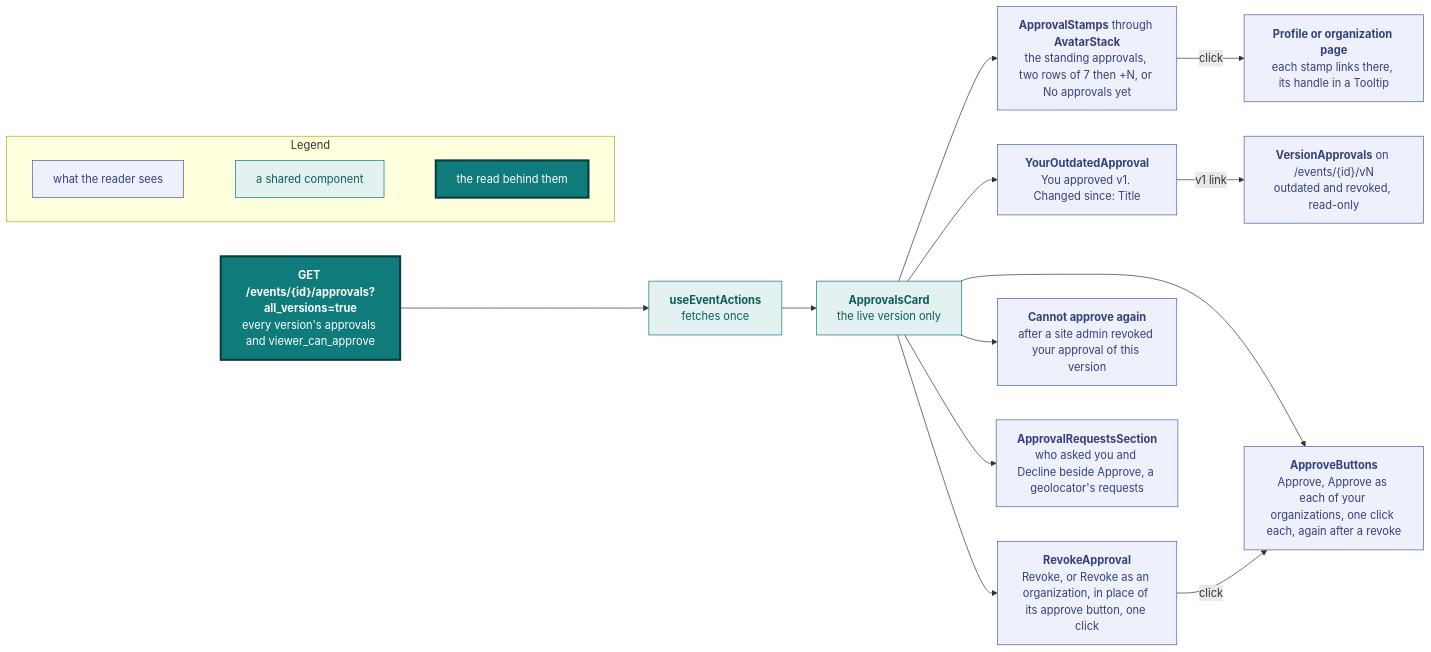
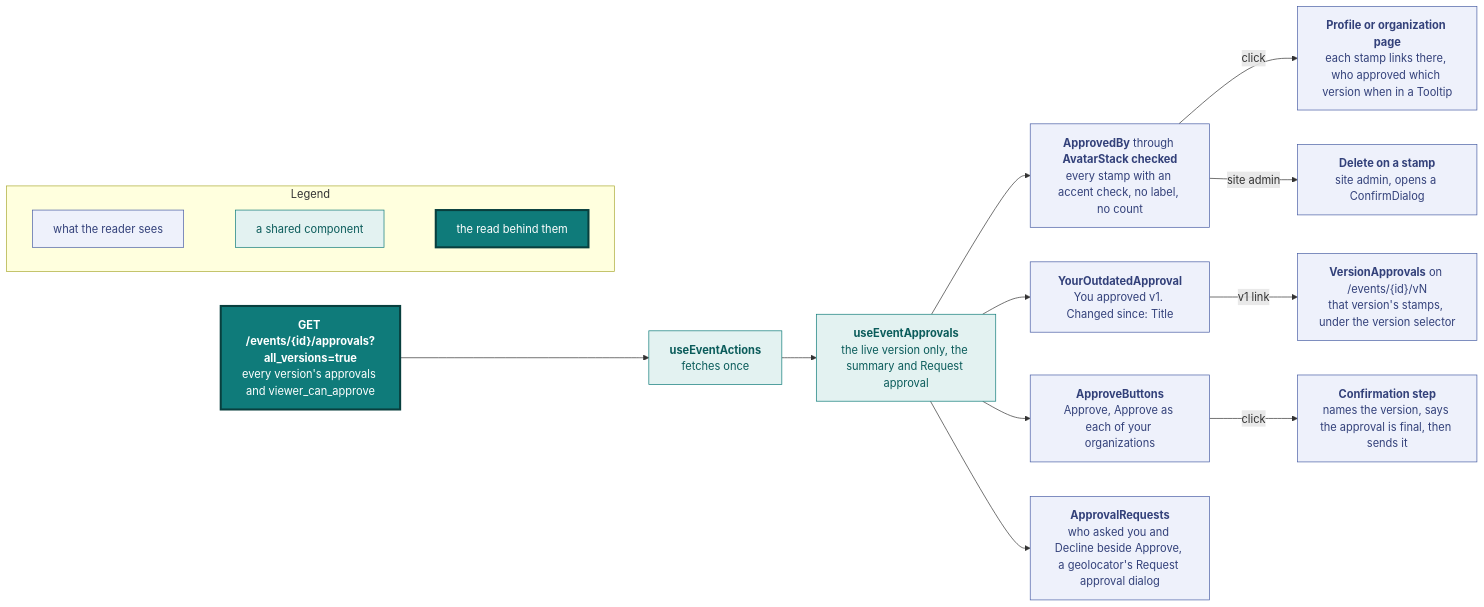
Before and after one commit to vidithq/vidit: the ninth of 16 diagrams in docs/design.md, drawn with Mermaid. The commit also changed other lines of this file and 617 other files, not shown here.

````diff
--- a/docs/design.md
+++ b/docs/design.md
@@ -704,48 +931,47 @@
 ```mermaid
 flowchart LR
   classDef spec fill:#eef1fb,stroke:#4a5fa5,color:#33417a
   classDef shared fill:#e3f2f1,stroke:#0f7b7a,color:#0b5c5b
   classDef core fill:#0f7b7a,stroke:#083f3e,stroke-width:3px,color:#ffffff
 
   subgraph legend [Legend]
     direction LR
     l1["`what the reader sees`"]:::spec
     l2["`a shared component`"]:::shared
     l3["`the read behind them`"]:::core
     l1 ~~~ l2 ~~~ l3
   end
 
   read["`**GET /events/{id}/approvals?all_versions=true**
   every version's approvals and viewer_can_approve`"]:::core
   hook["`**useEventActions**
   fetches once`"]:::shared
-  card["`**ApprovalsCard**
-  the live version only`"]:::shared
-  stamps["`**ApprovalStamps** through **AvatarStack**
-  the standing approvals, two rows of 7 then +N, or No approvals yet`"]:::spec
+  card["`**useEventApprovals**
+  the live version only, the summary and Request approval`"]:::shared
+  stamps["`**ApprovedBy** through **AvatarStack checked**
+  every stamp with an accent check, no label, no count`"]:::spec
   page["`**Profile or organization page**
-  each stamp links there, its handle in a Tooltip`"]:::spec
+  each stamp links there, who approved which version when in a Tooltip`"]:::spec
   own["`**YourOutdatedApproval**
   You approved v1. Changed since: Title`"]:::spec
   approve["`**ApproveButtons**
-  Approve, Approve as each of your organizations, one click each, again after a revoke`"]:::spec
-  revoke["`**RevokeApproval**
-  Revoke, or Revoke as an organization, in place of its approve button, one click`"]:::spec
-  again["`**Cannot approve again**
-  after a site admin revoked your approval of this version`"]:::spec
-  requests["`**ApprovalRequestsSection**
-  who asked you and Decline beside Approve, a geolocator's requests`"]:::spec
+  Approve, Approve as each of your organizations`"]:::spec
+  confirm["`**Confirmation step**
+  names the version, says the approval is final, then sends it`"]:::spec
+  requests["`**ApprovalRequests**
+  who asked you and Decline beside Approve, a geolocator's Request approval dialog`"]:::spec
+  remove["`**Delete on a stamp**
+  site admin, opens a ConfirmDialog`"]:::spec
   vn["`**VersionApprovals** on /events/{id}/vN
-  outdated and revoked, read-only`"]:::spec
+  that version's stamps, under the version selector`"]:::spec
 
   read --> hook --> card
   card --> stamps
   card --> own
   card --> approve
-  card --> revoke
-  card --> again
   card --> requests
   stamps -->|"click"| page
-  revoke -->|"click"| approve
+  stamps -->|"site admin"| remove
+  approve -->|"click"| confirm
   own -->|"v1 link"| vn
 ```
````
